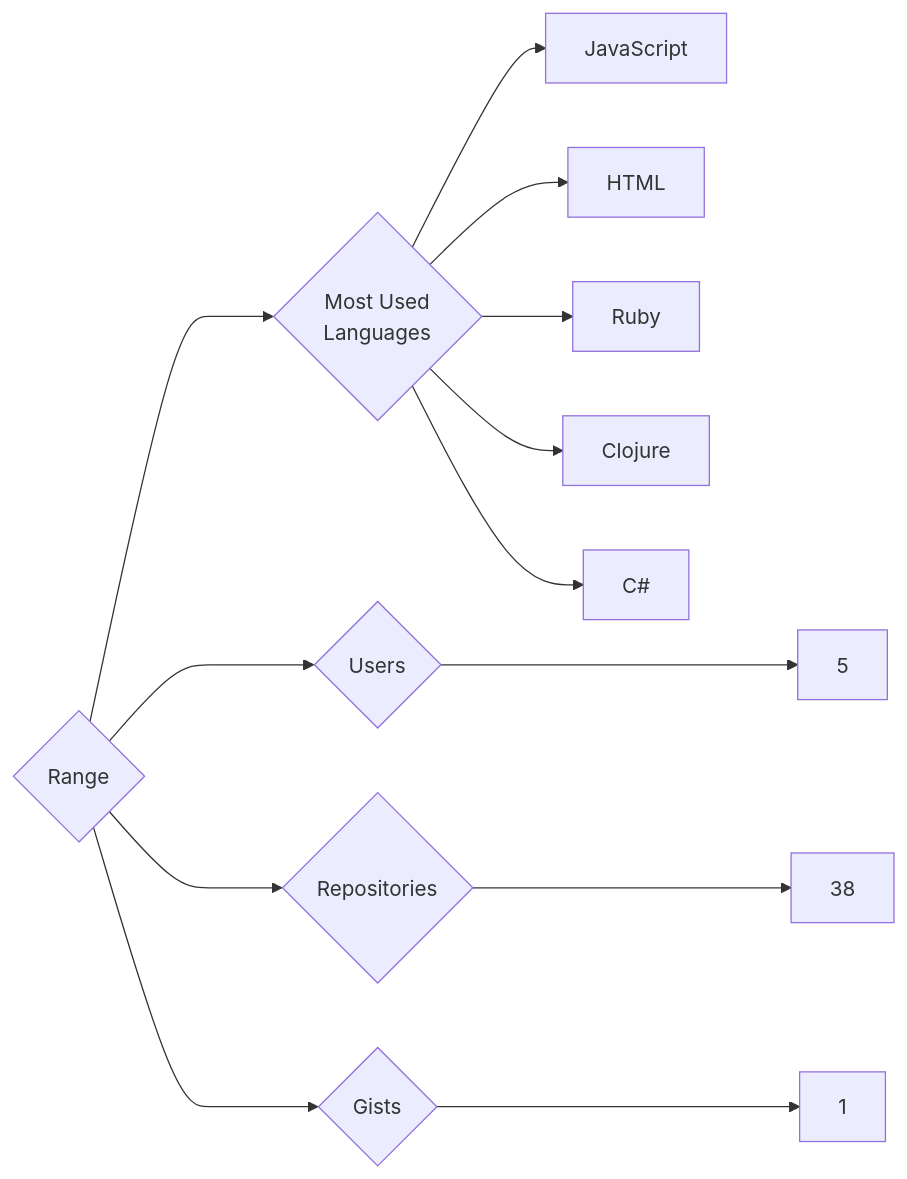
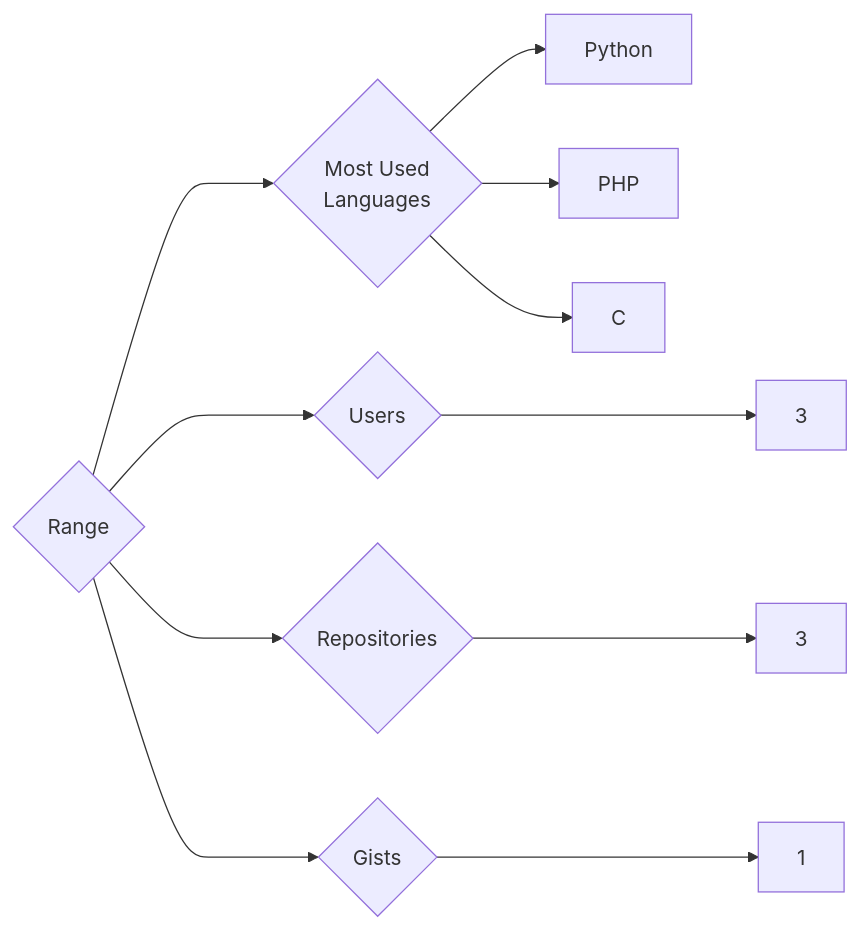
Before and after one commit to trickest/insiders: the diagram in targets/Range/README.md, drawn with Mermaid. The commit also changed 878 other files, not shown here.

````diff
--- a/targets/Range/README.md
+++ b/targets/Range/README.md
@@ -3,13 +3,11 @@
 ```mermaid
 graph LR
 COMPANY_NAME{Range}
-COMPANY_NAME ---> U{Users} ---> UN[5]
-COMPANY_NAME ---> R{Repositories} ---> RN[38]
+COMPANY_NAME ---> U{Users} ---> UN[3]
+COMPANY_NAME ---> R{Repositories} ---> RN[3]
 COMPANY_NAME ---> G{Gists} ---> GN[1]
 COMPANY_NAME ---> ML{Most Used<br>Languages}
-ML --> JavaScript[JavaScript]
-ML --> HTML[HTML]
-ML --> Ruby[Ruby]
-ML --> Clojure[Clojure]
-ML --> C#[C#]
+ML --> Python[Python]
+ML --> PHP[PHP]
+ML --> C[C]
 ```
````
